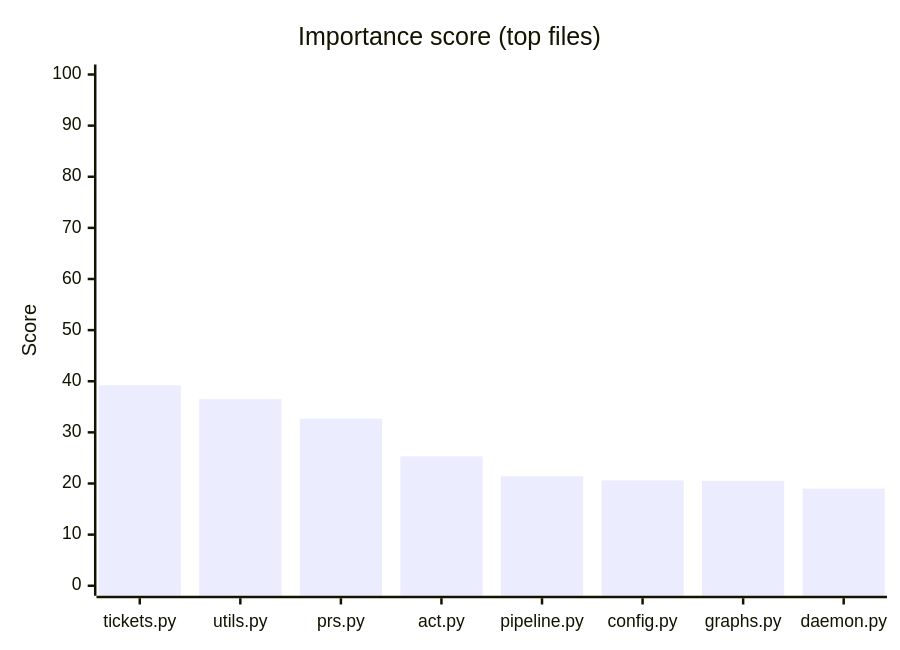
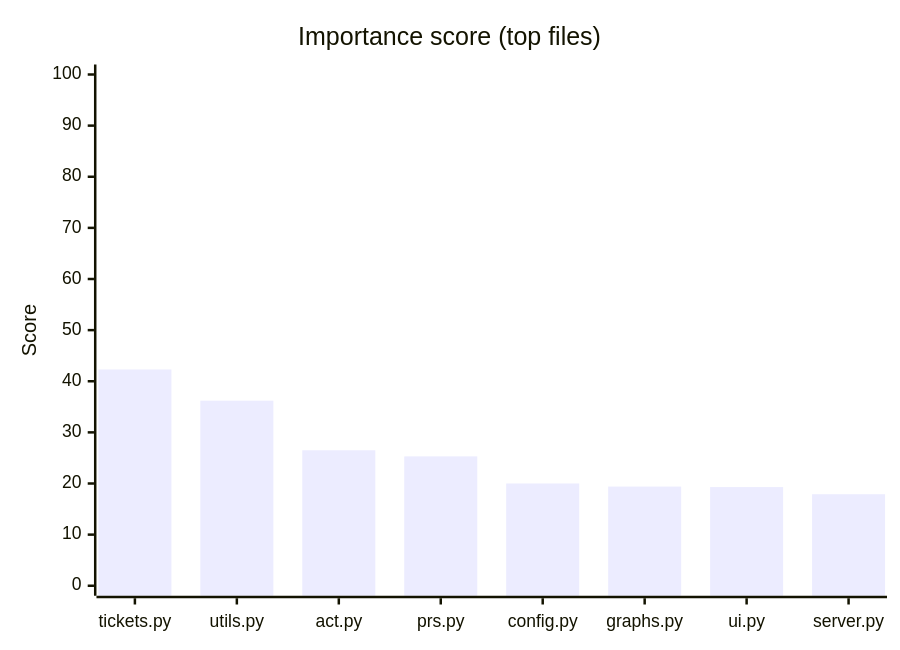
Before and after one commit to hhleroy97/repo-scan: the first of 2 diagrams in docs/index.md, drawn with Mermaid. The commit also changed other lines of this file and 39 other files, not shown here.

````diff
--- a/docs/index.md
+++ b/docs/index.md
@@ -56,7 +55,7 @@
 ```mermaid
 xychart-beta
     title "Importance score (top files)"
-    x-axis ["tickets.py", "utils.py", "prs.py", "act.py", "pipeline.py", "config.py", "graphs.py", "daemon.py"]
+    x-axis ["tickets.py", "utils.py", "act.py", "prs.py", "config.py", "graphs.py", "ui.py", "server.py"]
     y-axis "Score" 0 --> 100
-    bar [39.2, 36.5, 32.7, 25.3, 21.4, 20.6, 20.5, 19]
+    bar [42.3, 36.2, 26.5, 25.3, 20, 19.4, 19.3, 17.9]
 ```
````
